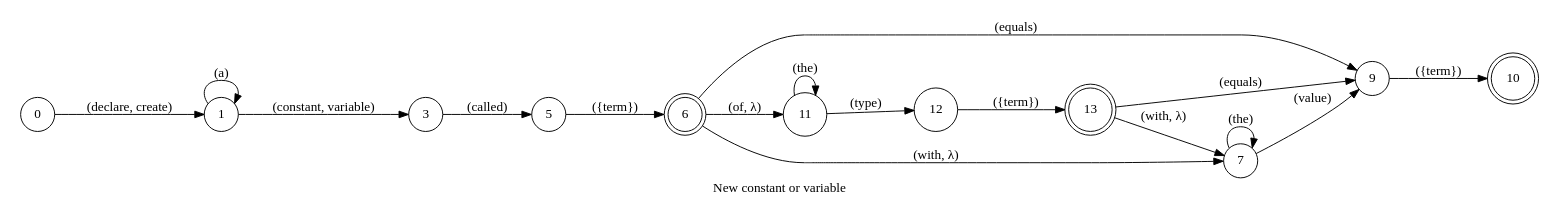
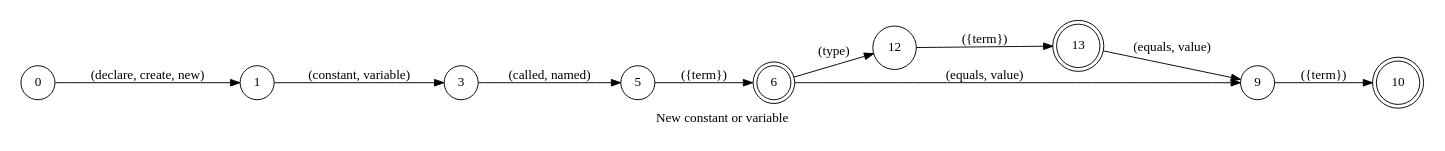
The diagram in spoken/src/modules/typescript/declare_variable/phrase_en-US.dot (pedrooaugusto/speech-to-code), drawn with Graphviz before and after one commit. The commit also changed 23 other files, not shown here.

```diff
--- a/spoken/src/modules/typescript/declare_variable/phrase_en-US.dot
+++ b/spoken/src/modules/typescript/declare_variable/phrase_en-US.dot
@@ -1,28 +1,22 @@
 digraph DeclareVariable {
     id="declare_variable";
     label="New constant or variable";
     lang="en-US";
     langName="English";
     pad="0.2";
     rankdir=LR;
     node[shape=doublecircle]; 6 13 10;
     node[shape=circle];
 
-    0 -> 1 [label=" (declare, create)"];
-    1 -> 1 [label=" (a)"];
+    0 -> 1 [label=" (declare, create, new)"];
     1 -> 3 [label=" (constant, variable)", store=memType];
-    3 -> 5 [label=" (called)"];
+    3 -> 5 [label=" (called, named)"];
     5 -> 6 [label=" ({term})", store=name];
-    6 -> 11 [label=" (of, λ)"];
-    11 -> 11 [label="(the)"]
-    11 -> 12 [label=" (type)"];
-    12 -> 13 [label=" ({term})", store=type];
-    {6 13} -> 9 [label=" (equals)"];
-    {13 6} -> 7 [label=" (with, λ)"];
-    7 -> 7 [label=" (the)"];
-    7 -> 9 [label=" (value)"];
+    6 -> 12 [label=" (type)"];
+    12 -> 13 [label=" ({term})", store=type, normalizer=jsCommonTypes];
+    {6 13} -> 9 [label=" (equals, value)"];
     9 -> 10 [label=" ({term})", store=value];
 
     title="New constant or variable";
     desc="Declares a new constant or variable in the current line";
 }
```
